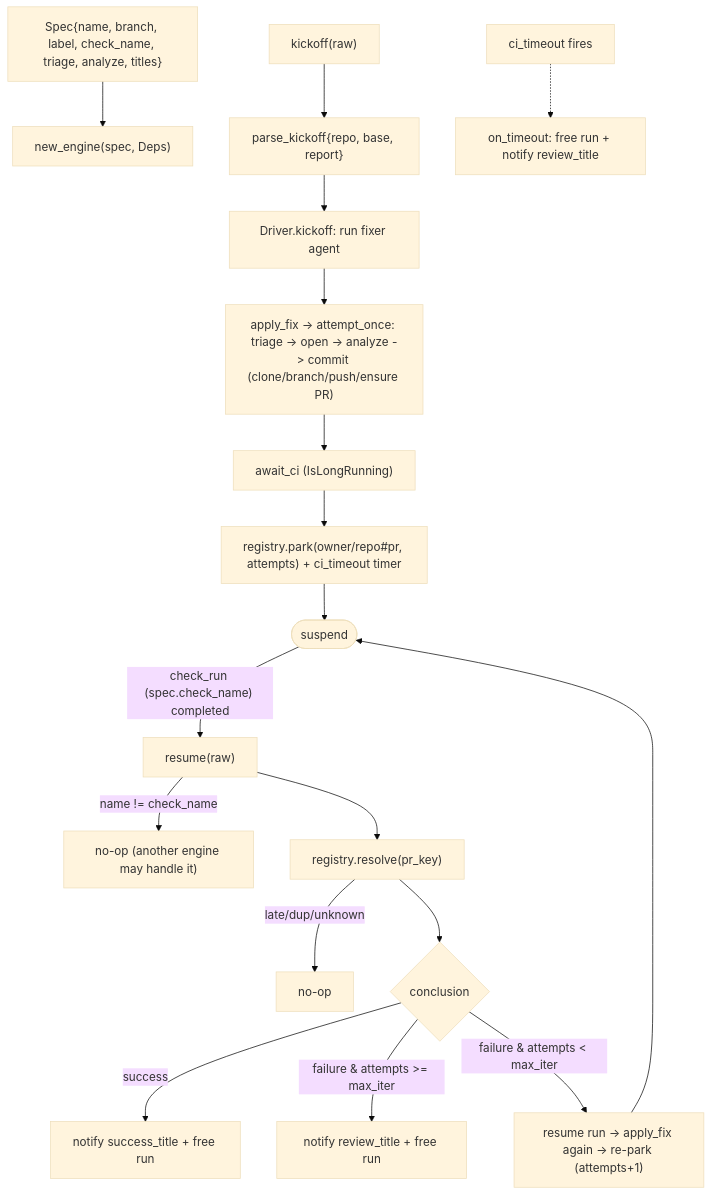
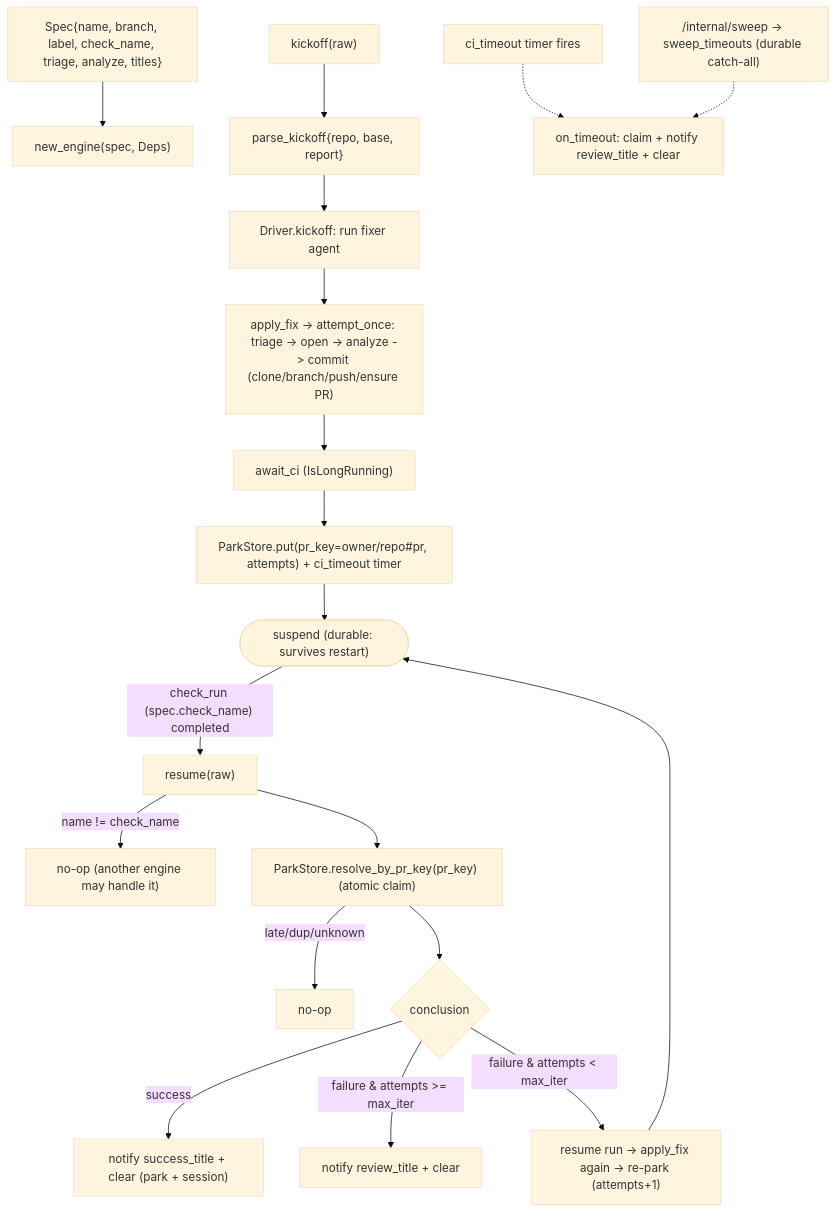
One commit to jkjamies/automation-agent changed the diagram in python/automation_agent/agent/fixflow/AGENTS.md. Above: the diagram before and after it, drawn with Mermaid (base theme). The commit also changed other lines of this file and 15 other files, not shown here.

First line of the commit message:
Port durable-sessions ParkStore seam to Python (F1-B)

````diff
--- a/python/automation_agent/agent/fixflow/AGENTS.md
+++ b/python/automation_agent/agent/fixflow/AGENTS.md
@@ -23,21 +31,22 @@
 ```mermaid
 flowchart TD
     Spec["Spec{name, branch, label, check_name, triage, analyze, titles}"] --> E["new_engine(spec, Deps)"]
     K["kickoff(raw)"] --> KP["parse_kickoff{repo, base, report}"]
     KP --> DK["Driver.kickoff: run fixer agent"]
     DK --> AF["apply_fix -> attempt_once: triage -> open -> analyze -> commit (clone/branch/push/ensure PR)"]
     AF --> AW["await_ci (IsLongRunning)"]
-    AW --> PK["registry.park(owner/repo#pr, attempts) + ci_timeout timer"]
-    PK --> SUS(["suspend"])
+    AW --> PK["ParkStore.put(pr_key=owner/repo#pr, attempts) + ci_timeout timer"]
+    PK --> SUS(["suspend (durable: survives restart)"])
 
     SUS -->|"check_run (spec.check_name) completed"| R["resume(raw)"]
     R -->|"name != check_name"| NO["no-op (another engine may handle it)"]
-    R --> RES["registry.resolve(pr_key)"]
+    R --> RES["ParkStore.resolve_by_pr_key(pr_key) (atomic claim)"]
     RES -->|"late/dup/unknown"| NO2["no-op"]
     RES --> C{conclusion}
-    C -->|success| OK["notify success_title + free run"]
-    C -->|failure & attempts >= max_iter| HRV["notify review_title + free run"]
+    C -->|success| OK["notify success_title + clear (park + session)"]
+    C -->|failure & attempts >= max_iter| HRV["notify review_title + clear"]
     C -->|failure & attempts < max_iter| RT["resume run -> apply_fix again -> re-park (attempts+1)"]
     RT --> SUS
-    TO["ci_timeout fires"] -.-> TON["on_timeout: free run + notify review_title"]
+    TO["ci_timeout timer fires"] -.-> TON["on_timeout: claim + notify review_title + clear"]
+    SW["/internal/sweep -> sweep_timeouts (durable catch-all)"] -.-> TON
 ```
````
